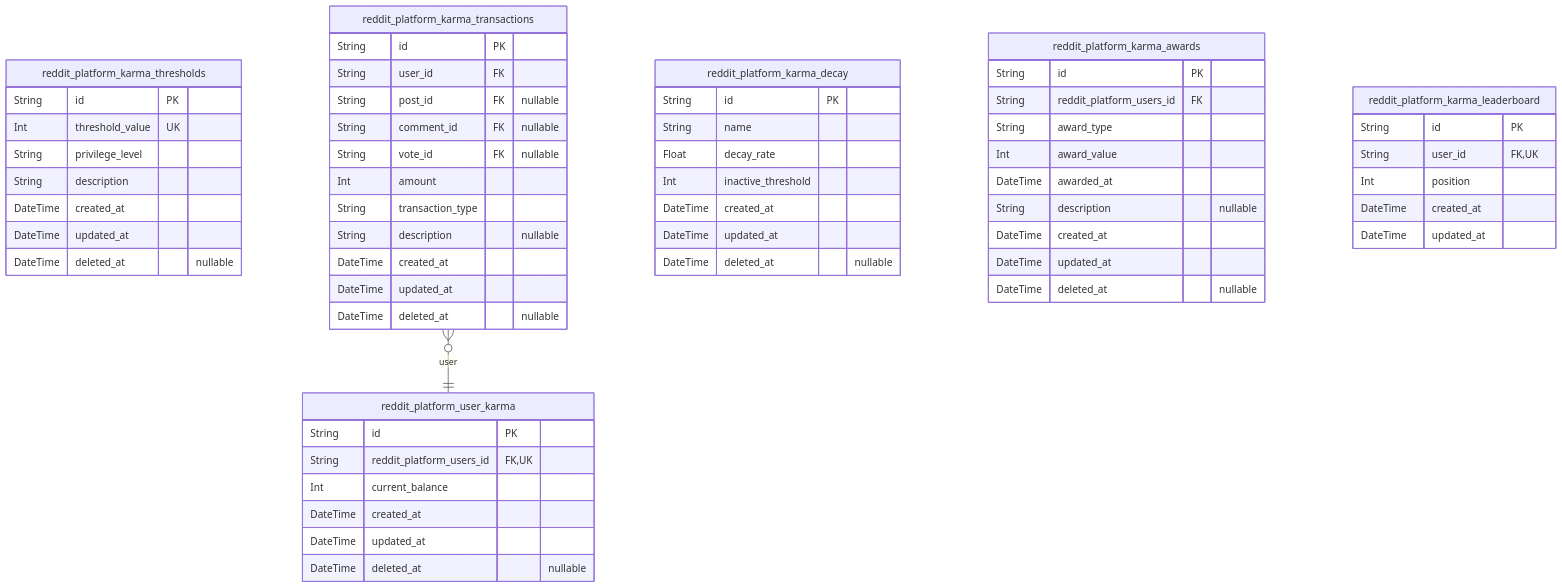
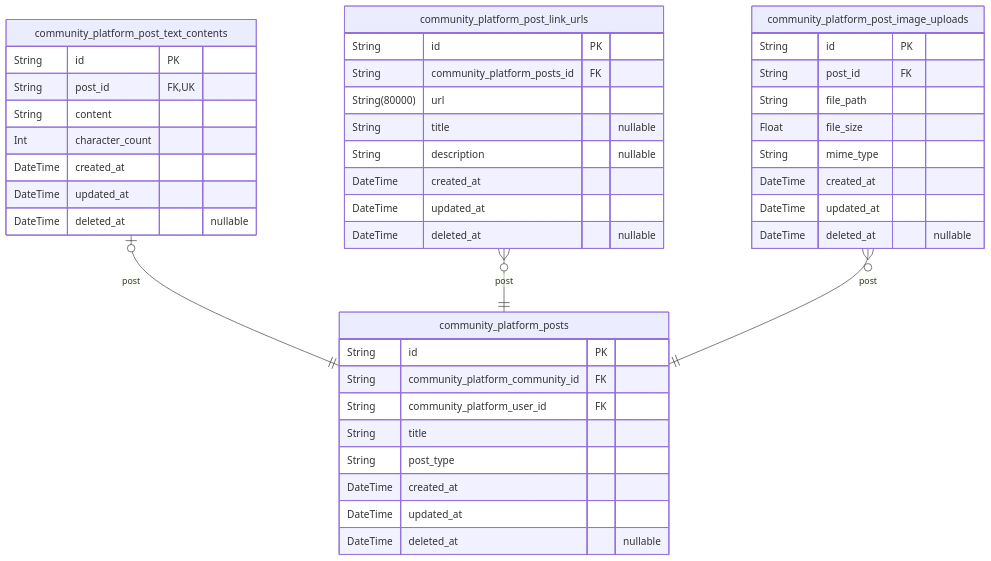
The sixth of 8 diagrams in qwen/qwen3-30b-a3b-thinking-2507/reddit/docs/ERD.md (wrtnlabs/autobe-examples), drawn with Mermaid before and after one commit. The commit also changed other lines of this file and 9391 other files, not shown here.

````diff
--- a/qwen/qwen3-30b-a3b-thinking-2507/reddit/docs/ERD.md
+++ b/qwen/qwen3-30b-a3b-thinking-2507/reddit/docs/ERD.md
@@ -782,61 +634,45 @@
 ```mermaid
 erDiagram
-"reddit_platform_user_karma" {
+"community_platform_posts" {
   String id PK
-  String reddit_platform_users_id FK,UK
-  Int current_balance
+  String community_platform_community_id FK
+  String community_platform_user_id FK
+  String title
+  String post_type
   DateTime created_at
   DateTime updated_at
   DateTime deleted_at "nullable"
 }
-"reddit_platform_karma_thresholds" {
+"community_platform_post_text_contents" {
   String id PK
-  Int threshold_value UK
-  String privilege_level
-  String description
+  String post_id FK,UK
+  String content
+  Int character_count
   DateTime created_at
   DateTime updated_at
   DateTime deleted_at "nullable"
 }
-"reddit_platform_karma_transactions" {
+"community_platform_post_link_urls" {
   String id PK
-  String user_id FK
-  String post_id FK "nullable"
-  String comment_id FK "nullable"
-  String vote_id FK "nullable"
-  Int amount
-  String transaction_type
+  String community_platform_posts_id FK
+  String(80000) url
+  String title "nullable"
   String description "nullable"
   DateTime created_at
   DateTime updated_at
   DateTime deleted_at "nullable"
 }
-"reddit_platform_karma_decay" {
+"community_platform_post_image_uploads" {
   String id PK
-  String name
-  Float decay_rate
-  Int inactive_threshold
+  String post_id FK
+  String file_path
+  Float file_size
+  String mime_type
   DateTime created_at
   DateTime updated_at
   DateTime deleted_at "nullable"
 }
-"reddit_platform_karma_awards" {
-  String id PK
-  String reddit_platform_users_id FK
-  String award_type
-  Int award_value
-  DateTime awarded_at
-  String description "nullable"
-  DateTime created_at
-  DateTime updated_at
-  DateTime deleted_at "nullable"
-}
-"reddit_platform_karma_leaderboard" {
-  String id PK
-  String user_id FK,UK
-  Int position
-  DateTime created_at
-  DateTime updated_at
-}
-"reddit_platform_karma_transactions" }o--|| "reddit_platform_user_karma" : user
+"community_platform_post_text_contents" |o--|| "community_platform_posts" : post
+"community_platform_post_link_urls" }o--|| "community_platform_posts" : post
+"community_platform_post_image_uploads" }o--|| "community_platform_posts" : post
 ```
````
